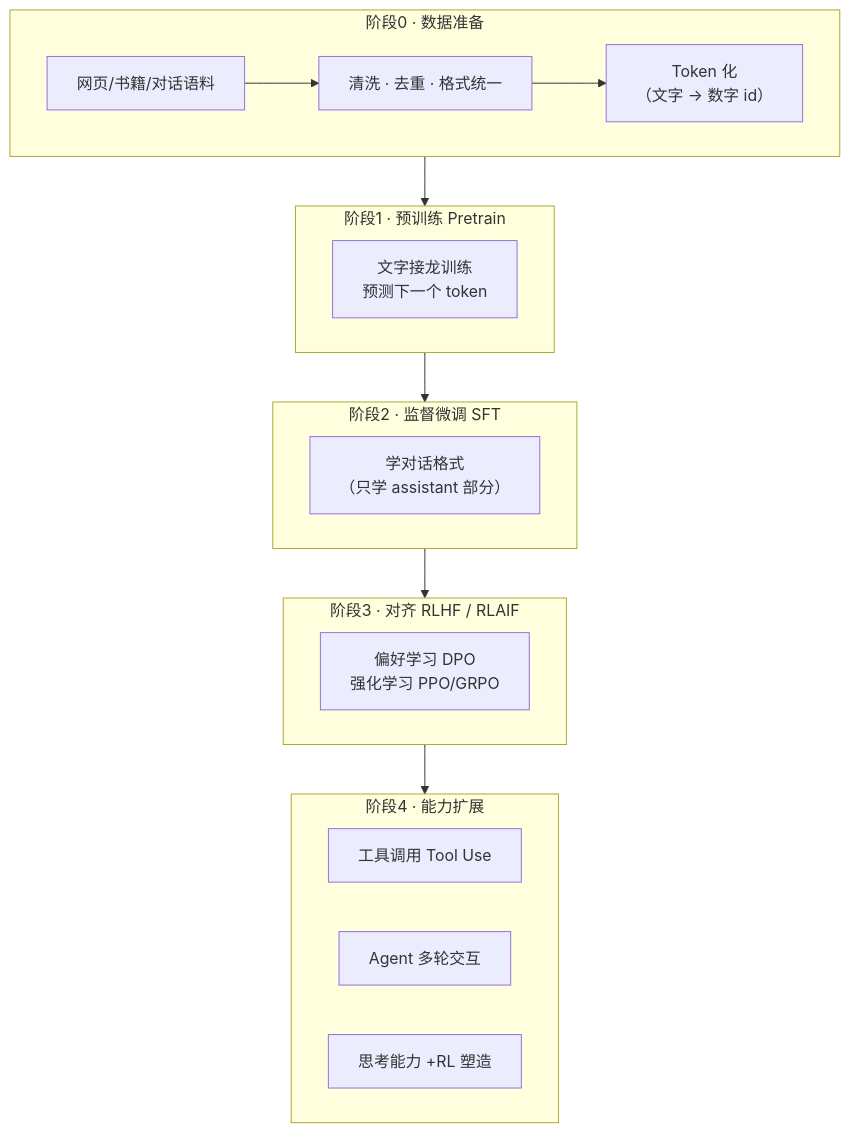
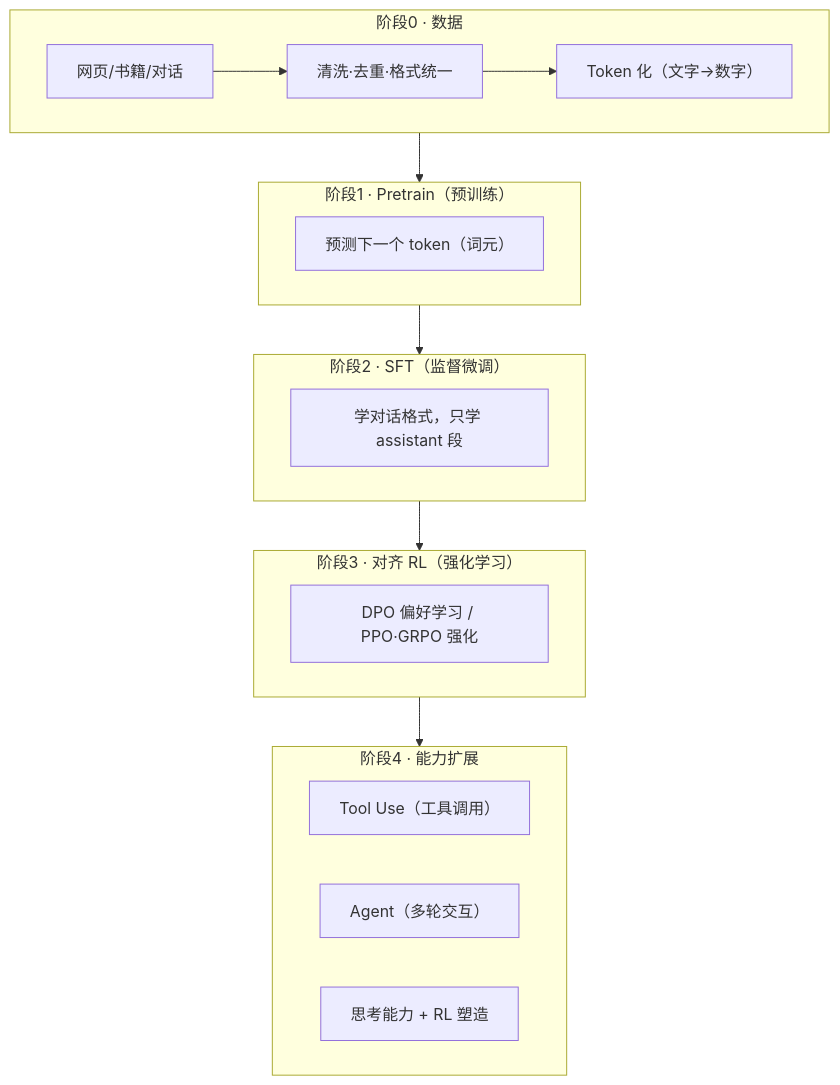
One commit to leing2021/ai-learn changed the first of 2 diagrams in content/overview.md. Above: the diagram before and after it, drawn with Mermaid. The commit also changed other lines of this file and 4 other files, not shown here.

````diff
--- a/content/overview.md
+++ b/content/overview.md
@@ -9,22 +11,22 @@
 ```mermaid
 flowchart TD
-    subgraph S1["阶段0 · 数据准备"]
-        A[网页/书籍/对话语料] --> B[清洗 · 去重 · 格式统一]
-        B --> C["Token 化<br/>（文字 → 数字 id）"]
+    subgraph S1["阶段0 · 数据"]
+        A[网页/书籍/对话] --> B[清洗·去重·格式统一]
+        B --> C["Token 化（文字→数字）"]
     end
-    subgraph S2["阶段1 · 预训练 Pretrain"]
-        D["文字接龙训练<br/>预测下一个 token"]
+    subgraph S2["阶段1 · Pretrain（预训练）"]
+        D["预测下一个 token（词元）"]
     end
-    subgraph S3["阶段2 · 监督微调 SFT"]
-        E["学对话格式<br/>（只学 assistant 部分）"]
+    subgraph S3["阶段2 · SFT（监督微调）"]
+        E["学对话格式，只学 assistant 段"]
     end
-    subgraph S4["阶段3 · 对齐 RLHF / RLAIF"]
-        F["偏好学习 DPO<br/>强化学习 PPO/GRPO"]
+    subgraph S4["阶段3 · 对齐 RL（强化学习）"]
+        F["DPO 偏好学习 / PPO·GRPO 强化"]
     end
     subgraph S5["阶段4 · 能力扩展"]
-        G["工具调用 Tool Use"]
-        H["Agent 多轮交互"]
-        I["思考能力 +RL 塑造"]
+        G["Tool Use（工具调用）"]
+        H["Agent（多轮交互）"]
+        I["思考能力 + RL 塑造"]
     end
     S1 --> S2 --> S3 --> S4 --> S5
 ```
````
